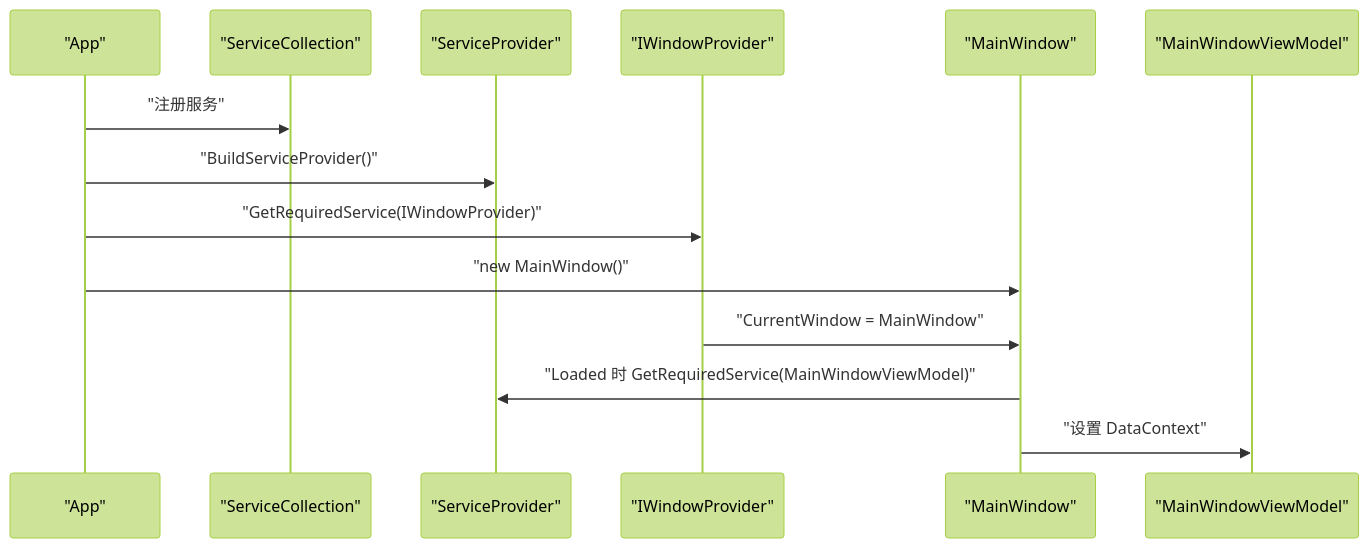
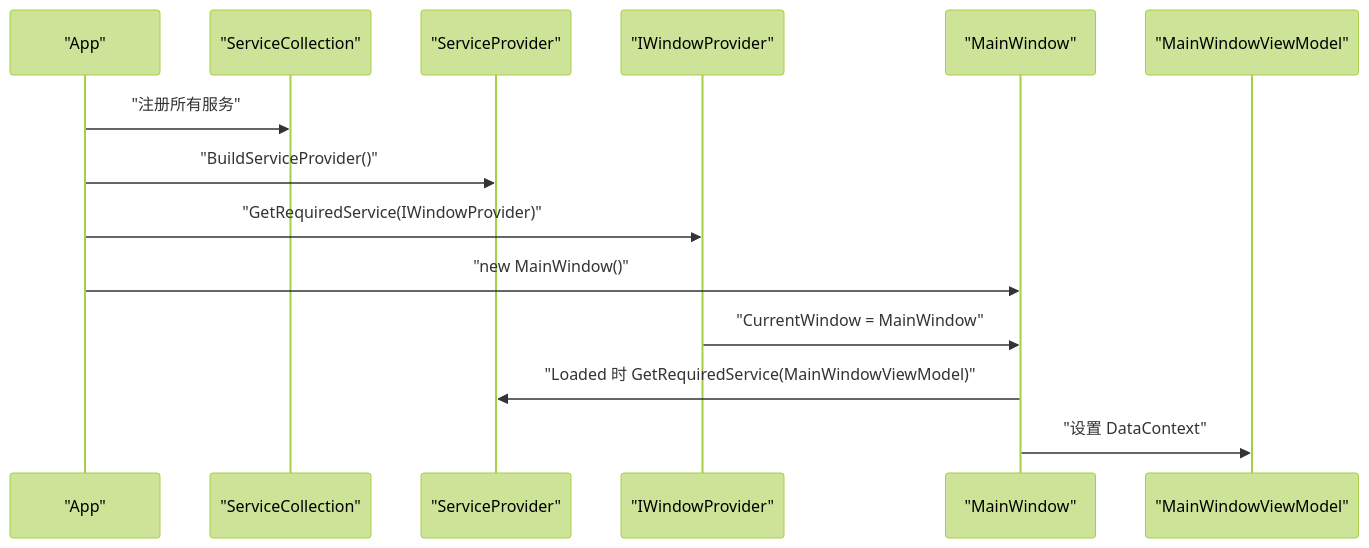
The third of 6 diagrams in .qoder/repowiki/zh/content/架构设计/架构设计.md (mariamjensen42-glitch/LocalMusicPlayer), drawn with Mermaid (forest theme) before and after one commit. The commit also changed other lines of this file and 14 other files, not shown here.

````diff
--- a/.qoder/repowiki/zh/content/架构设计/架构设计.md
+++ b/.qoder/repowiki/zh/content/架构设计/架构设计.md
@@ -218,16 +274,16 @@
 ```mermaid
 sequenceDiagram
 participant App as "App"
 participant DI as "ServiceCollection"
 participant SP as "ServiceProvider"
 participant Win as "IWindowProvider"
 participant MW as "MainWindow"
 participant VM as "MainWindowViewModel"
-App->>DI : "注册服务"
+App->>DI : "注册所有服务"
 App->>SP : "BuildServiceProvider()"
 App->>Win : "GetRequiredService(IWindowProvider)"
 App->>MW : "new MainWindow()"
 Win->>MW : "CurrentWindow = MainWindow"
 MW->>SP : "Loaded 时 GetRequiredService(MainWindowViewModel)"
 MW->>VM : "设置 DataContext"
 ```
````
